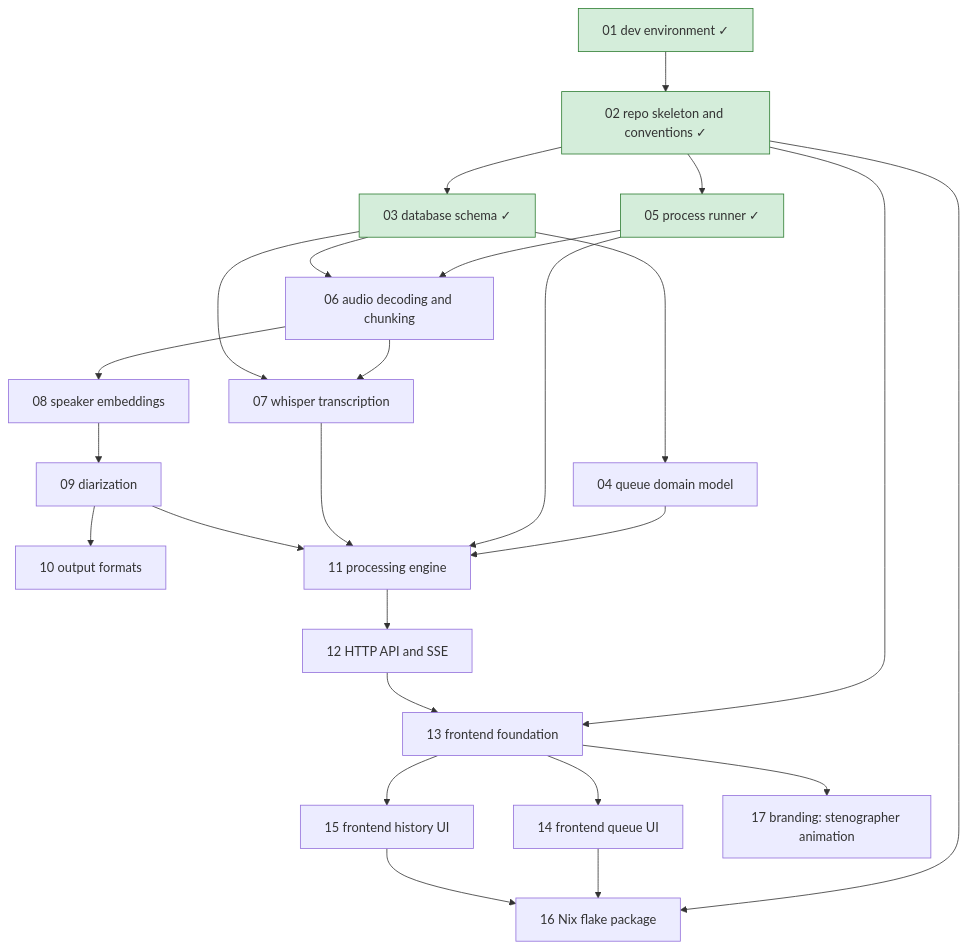
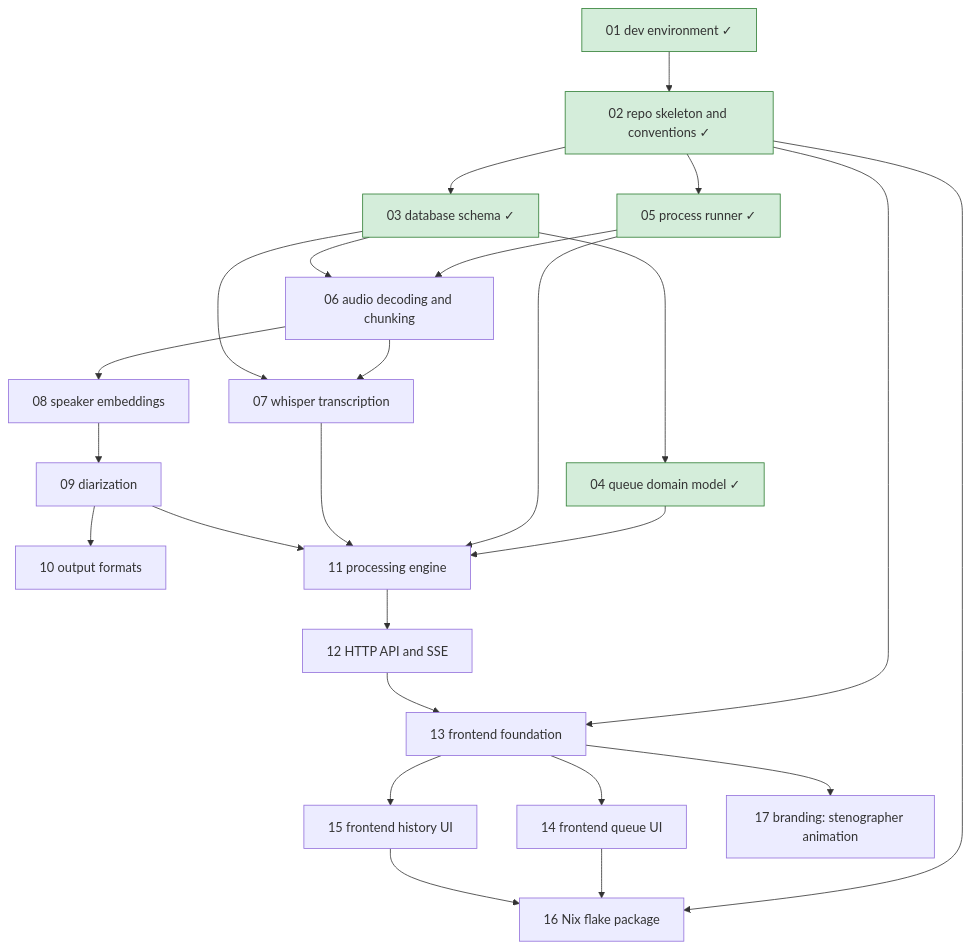
The diagram in roadmap/README.md (lulu-berlin/speech-to-text-app), drawn with Mermaid before and after one commit. The commit also changed other lines of this file and 2 other files, not shown here.

Commit message:
Complete roadmap item 04: move spec to docs/specs/queue-domain-model.md

````diff
--- a/roadmap/README.md
+++ b/roadmap/README.md
@@ -17,28 +17,28 @@
 ```mermaid
 graph TD
   01[01 dev environment ✓]:::done --> 02[02 repo skeleton and conventions ✓]:::done
   02 --> 03[03 database schema ✓]:::done
-  03 --> 04[04 queue domain model]
+  03 --> 04[04 queue domain model ✓]:::done
   02 --> 05[05 process runner ✓]:::done
   05 --> 06[06 audio decoding and chunking]
   03 --> 06
   06 --> 07[07 whisper transcription]
   03 --> 07
   06 --> 08[08 speaker embeddings]
   08 --> 09[09 diarization]
   09 --> 10[10 output formats]
   04 --> 11[11 processing engine]
   05 --> 11
   07 --> 11
   09 --> 11
   11 --> 12[12 HTTP API and SSE]
   02 --> 13[13 frontend foundation]
   12 --> 13
   13 --> 14[14 frontend queue UI]
   13 --> 15[15 frontend history UI]
   02 --> 16[16 Nix flake package]
   14 --> 16
   15 --> 16
   13 --> 17[17 branding: stenographer animation]
   classDef done fill:#d4edda,stroke:#2e7d32
 ```
````
